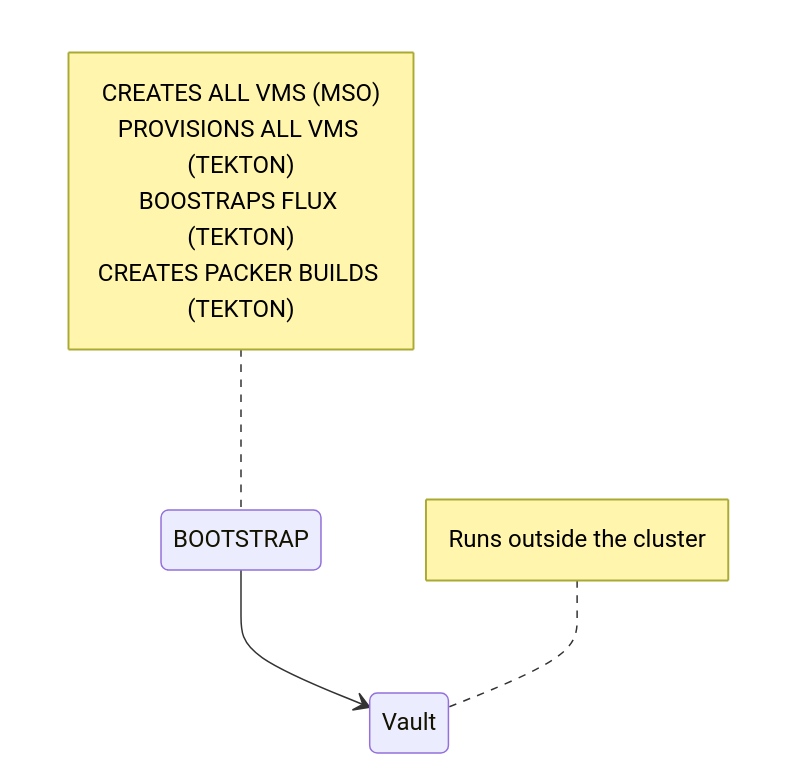
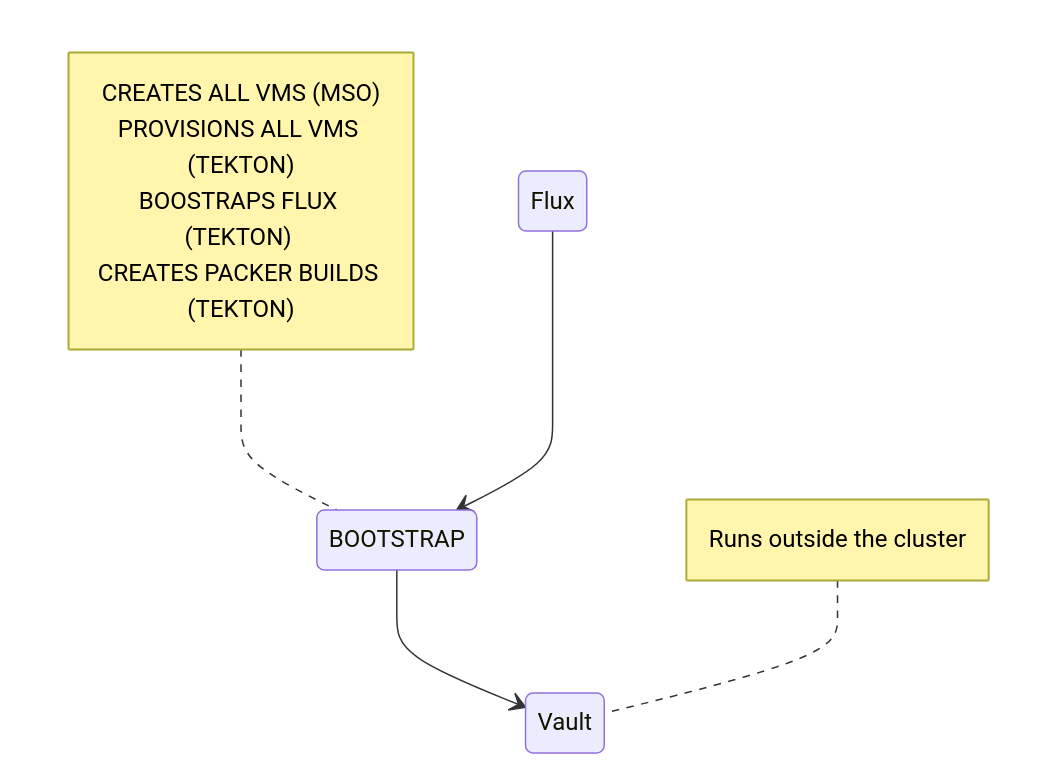
The diagram in staging-pve.md (stuttgart-things/docs), drawn with Mermaid before and after one commit.

```diff
--- a/staging-pve.md
+++ b/staging-pve.md
@@ -5,12 +5,13 @@
 {{< mermaid >}}
 stateDiagram-v2
     Bootstrap: BOOTSTRAP
     note left of Bootstrap
         CREATES ALL VMS (MSO)
         PROVISIONS ALL VMS (TEKTON)
-        BOOSTRAPS FLUX (TEKTON)
+        BOOSTRAPS FLUX (TEKTON) 
         CREATES PACKER BUILDS (TEKTON)
     end note
     Bootstrap --> Vault
+    Flux --> Bootstrap
     note left of Vault : Runs outside the cluster
 {{< /mermaid >}}
```
